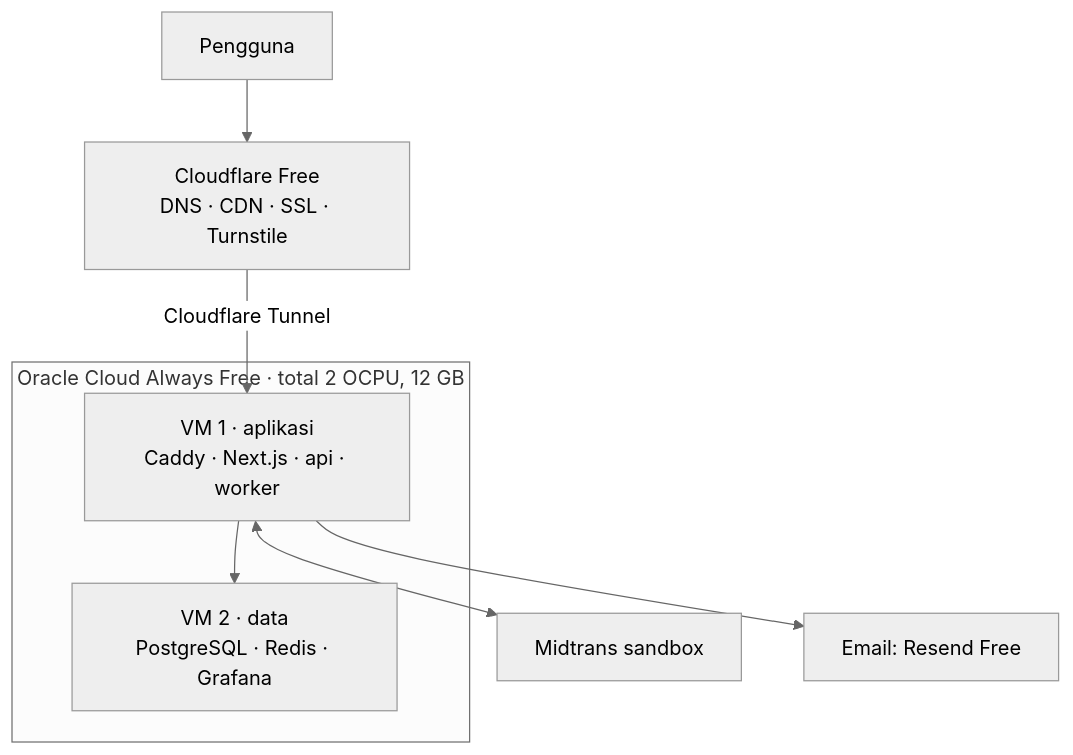
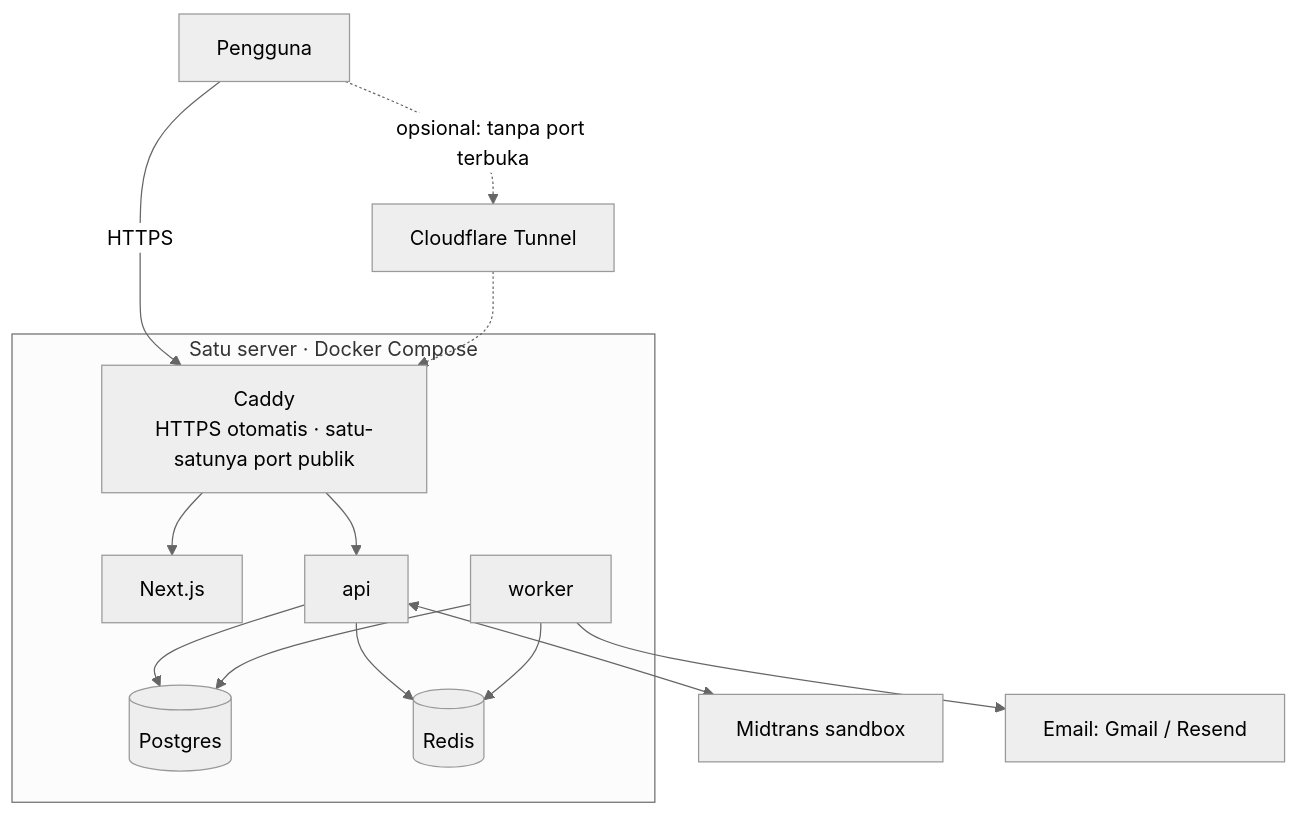
Before and after one commit to gavinadlan/racego: the diagram in docs/06-infra-gratis.md, drawn with Mermaid (neutral theme). The commit also changed other lines of this file and 28 other files, not shown here.

Commit message:
Deploy: stack produksi Docker Compose + Caddy, demo tunnel, backup, CI

````diff
--- a/docs/06-infra-gratis.md
+++ b/docs/06-infra-gratis.md
@@ -5,12 +7,13 @@
 ```mermaid
 flowchart TB
-  U[Pengguna] --> CF[Cloudflare Free<br/>DNS · CDN · SSL · Turnstile]
-  CF -- Cloudflare Tunnel --> VM1
-  subgraph OCI[Oracle Cloud Always Free · total 2 OCPU, 12 GB]
-    VM1[VM 1 · aplikasi<br/>Caddy · Next.js · api · worker]
-    VM2[VM 2 · data<br/>PostgreSQL · Redis · Grafana]
-    VM1 --> VM2
+  U[Pengguna] -- HTTPS --> C
+  subgraph S[Satu server · Docker Compose]
+    C[Caddy<br/>HTTPS otomatis · satu-satunya port publik]
+    C --> WEB[Next.js] & API[api]
+    API --> PG[(Postgres)] & RD[(Redis)]
+    WK[worker] --> PG & RD
   end
-  VM1 <--> MT[Midtrans sandbox]
-  VM1 --> EM[Email: Resend Free]
+  API <--> MT[Midtrans sandbox]
+  WK --> EM[Email: Gmail / Resend]
+  U -. opsional: tanpa port terbuka .-> CF[Cloudflare Tunnel] -.-> C
 ```
````
